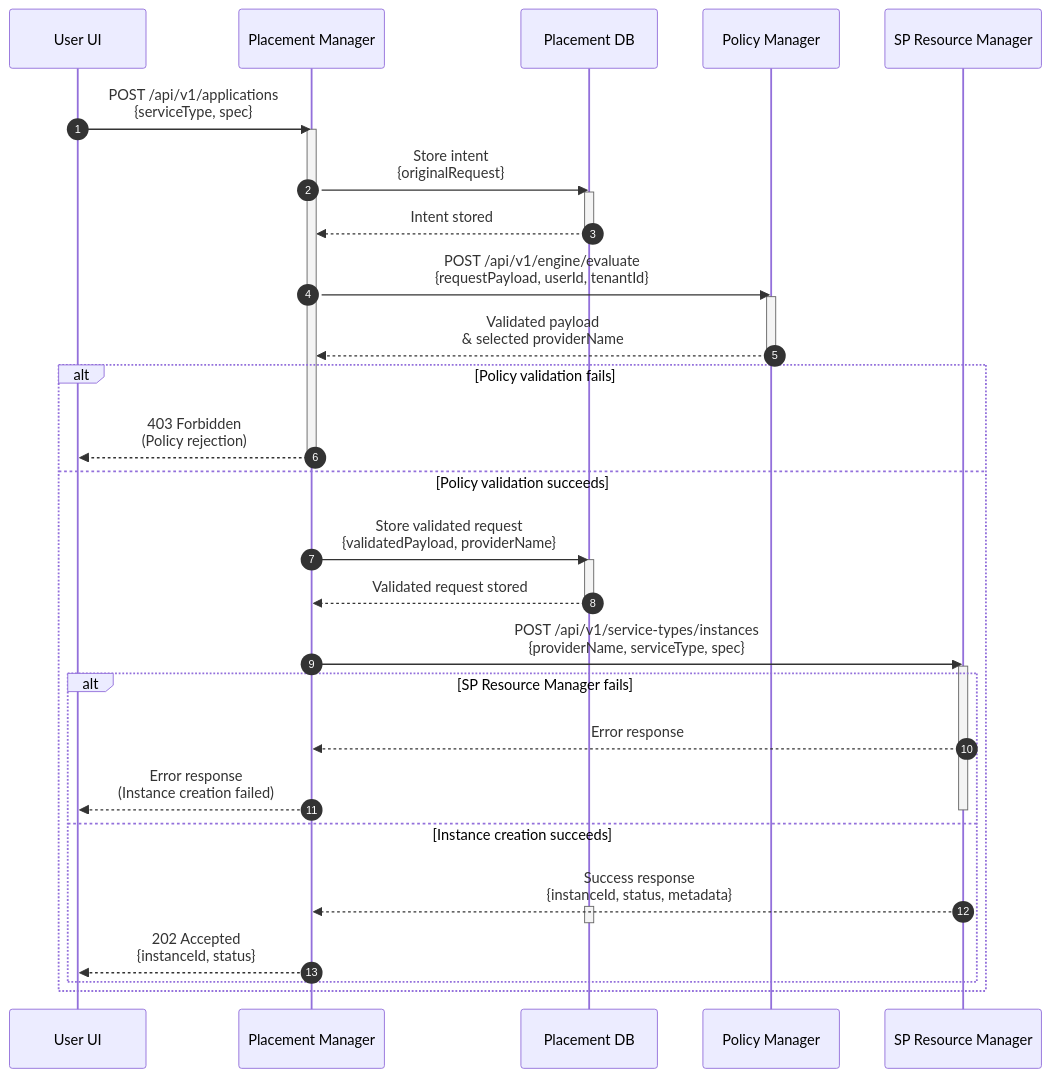
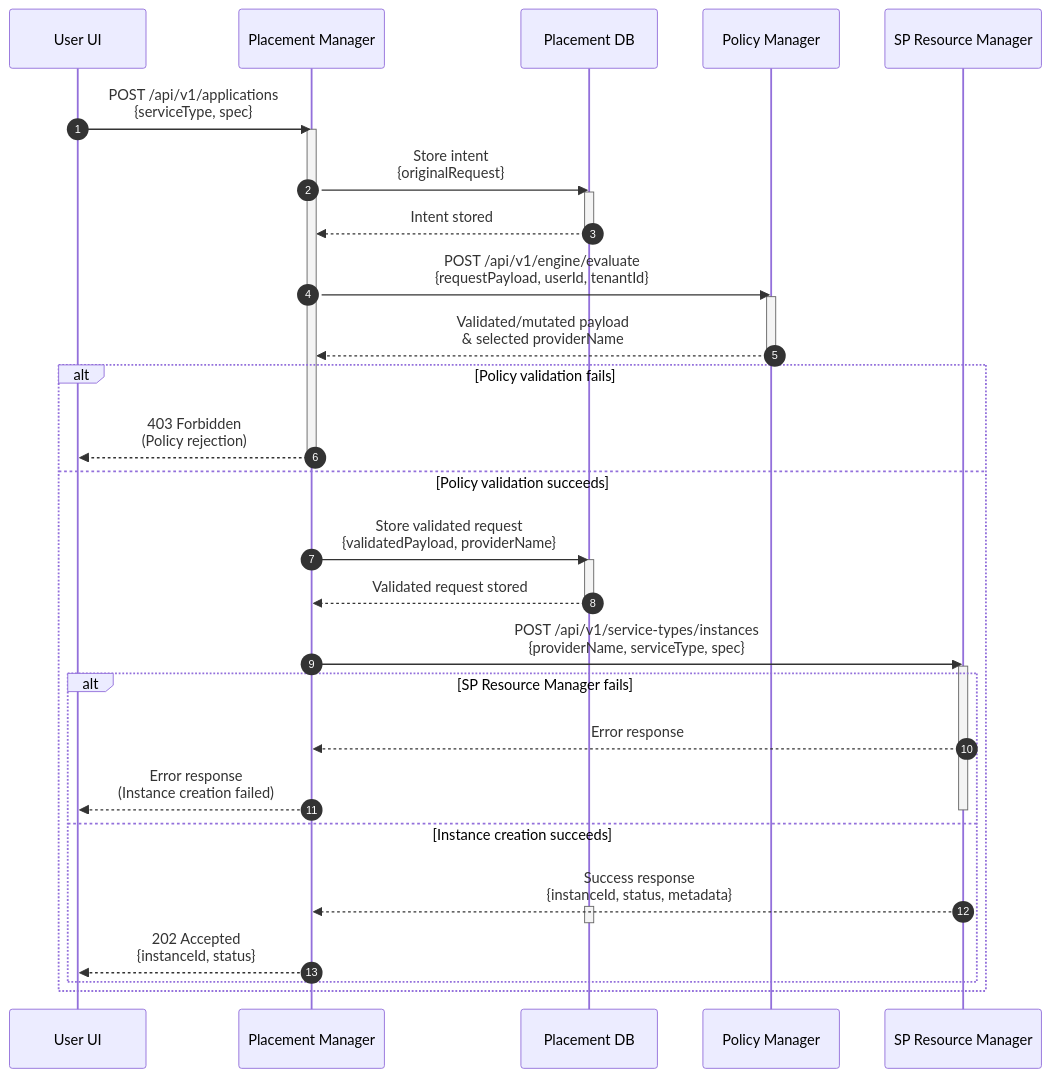
One commit to dcm-project/enhancements changed the second of 2 diagrams in enhancements/placement-manager/placement-manager.md. Above: the diagram before and after it, drawn with Mermaid. The commit also changed other lines of this file, not shown here.

Commit message:
updated diagrams

````diff
--- a/enhancements/placement-manager/placement-manager.md
+++ b/enhancements/placement-manager/placement-manager.md
@@ -252,51 +242,51 @@
 ```mermaid
 sequenceDiagram
     autonumber
     participant User as User UI
     participant PM as Placement Manager
     participant DB as Placement DB
     participant PE as Policy Manager
     participant SPRM as SP Resource Manager
 
     User->>PM: POST /api/v1/applications<br/>{serviceType, spec}
     activate PM
 
     PM->>DB: Store intent<br/>{originalRequest}
     activate DB
     DB-->>PM: Intent stored
     deactivate DB
 
     PM->>PE: POST /api/v1/engine/evaluate<br/>{requestPayload, userId, tenantId}
     activate PE
 
-    PE-->>PM: Validated payload<br/>& selected providerName
+    PE-->>PM: Validated/mutated payload<br/>& selected providerName
     deactivate PE
 
     alt Policy validation fails
         PM-->>User: 403 Forbidden<br/>(Policy rejection)
         deactivate PM
     else Policy validation succeeds
 
         PM->>DB: Store validated request<br/>{validatedPayload, providerName}
         activate DB
         DB-->>PM: Validated request stored
         deactivate DB
 
         PM->>SPRM: POST /api/v1/service-types/instances<br/>{providerName, serviceType, spec}
         activate SPRM
 
         alt SP Resource Manager fails
             SPRM-->>PM: Error response
             PM-->>User: Error response<br/>(Instance creation failed)
             deactivate SPRM
 
         else Instance creation succeeds
             SPRM-->>PM: Success response<br/>{instanceId, status, metadata}
             activate DB
             deactivate DB
 
             PM-->>User: 202 Accepted<br/>{instanceId, status}
 
         end
     end
 ```
````
